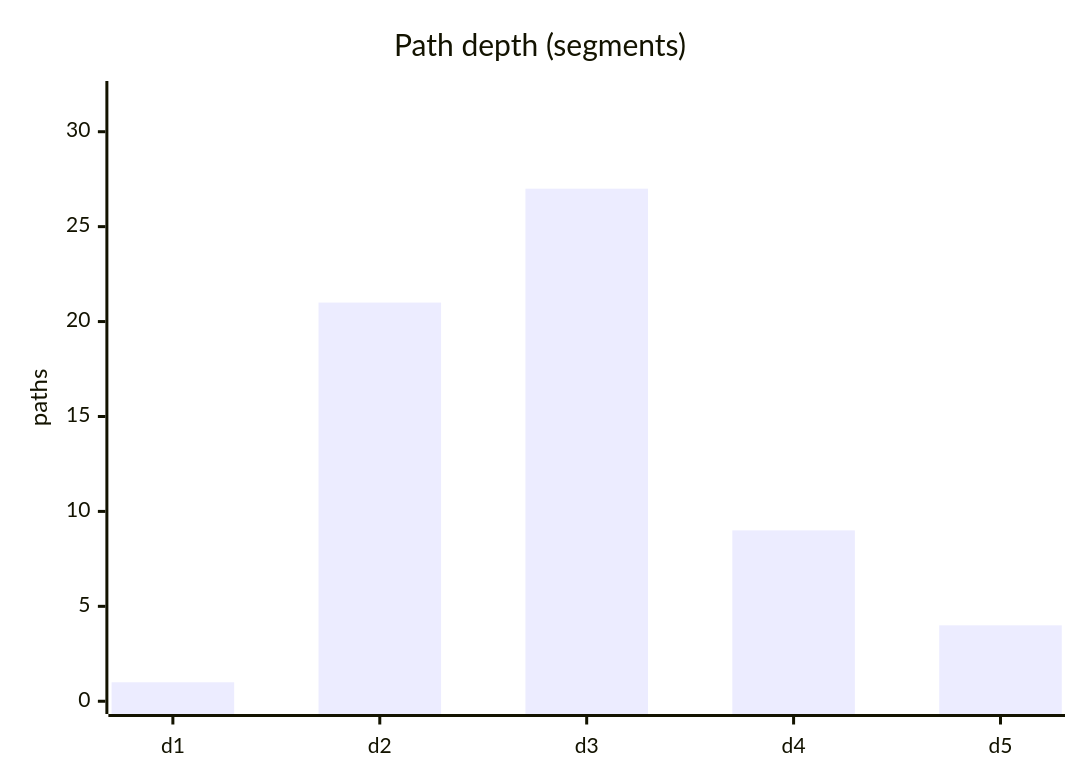
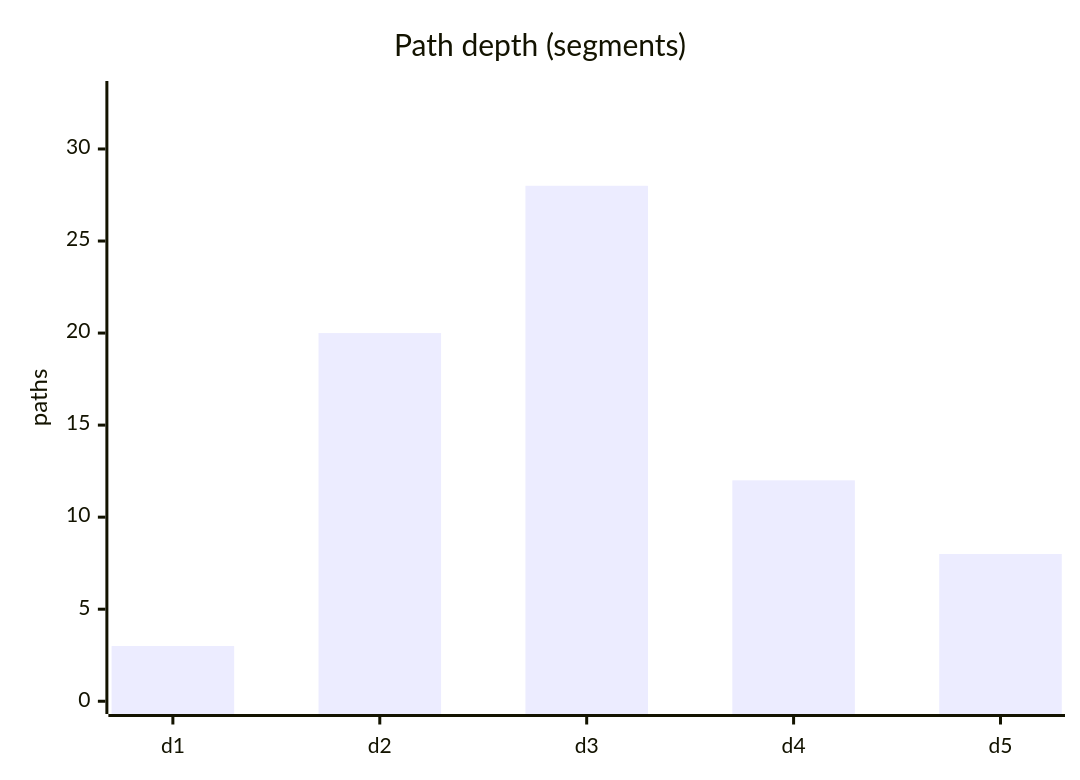
Before and after one commit to anomaloushuman/NovaDiff: the diagram in novadiff-docs/change-report/diagrams/depth-distribution.mmd, drawn with Mermaid. The commit also changed 493 other files, not shown here.

First line of the commit message:
refactor(src): full project rebuild with new architecture

```diff
--- a/novadiff-docs/change-report/diagrams/depth-distribution.mmd
+++ b/novadiff-docs/change-report/diagrams/depth-distribution.mmd
@@ -1,5 +1,5 @@
 xychart-beta
     title "Path depth (segments)"
     x-axis ["d1", "d2", "d3", "d4", "d5"]
-    y-axis "paths" 0 --> 32
-    bar [1, 21, 27, 9, 4]
+    y-axis "paths" 0 --> 33
+    bar [3, 20, 28, 12, 8]
```
